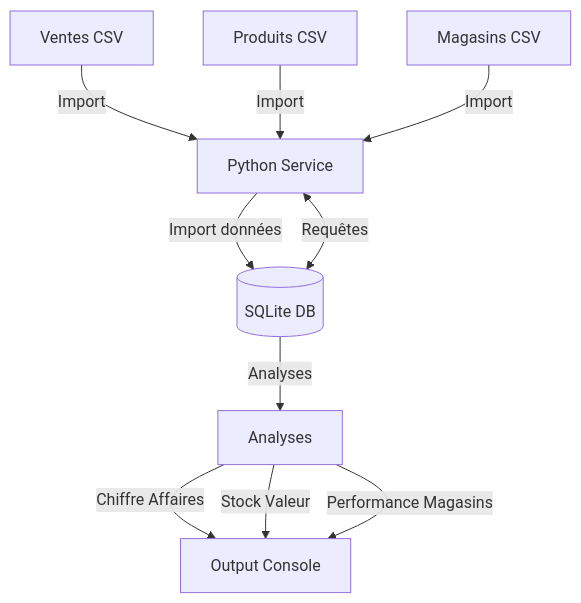
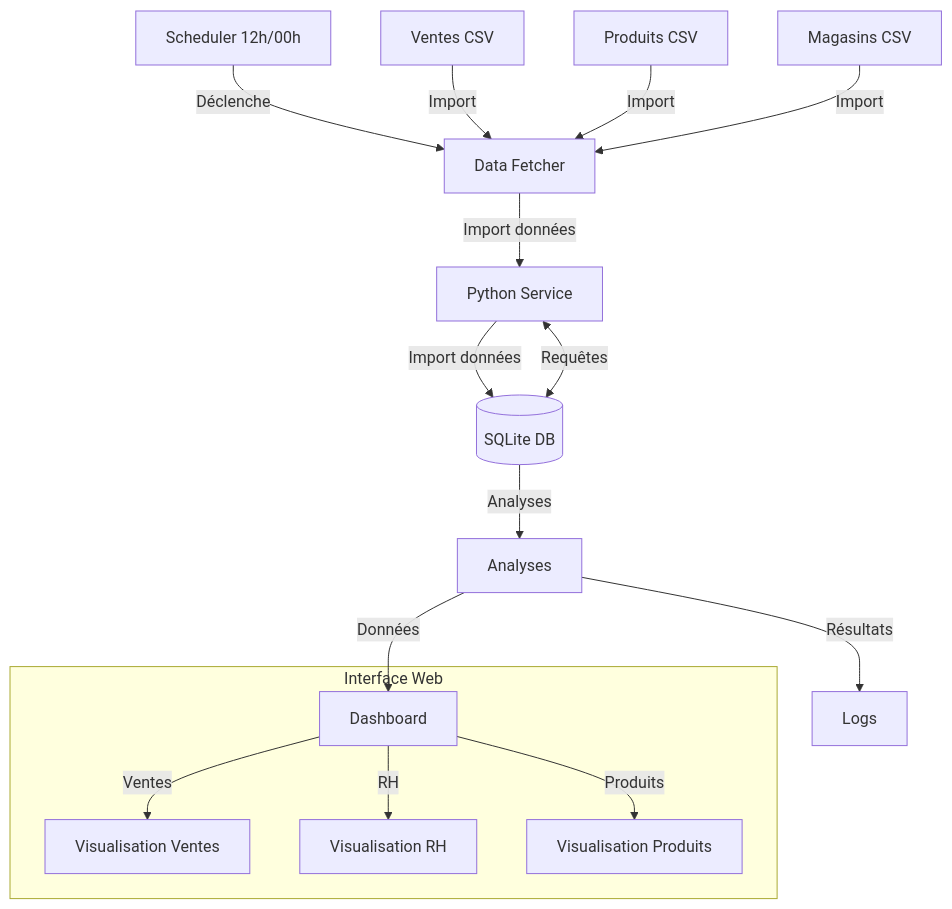
The first of 2 diagrams in README.md (Arctusol/test_simplon), drawn with Mermaid before and after one commit. The commit also changed other lines of this file and 1 other file, not shown here.

Commit message:
Mise à jour du README.md : ajout de la configuration des services, amélioration du flux de données et détails sur le dashboard web. Modifications dans main.py pour afficher les résultats d'analyse de manière plus détaillée.

````diff
--- a/README.md
+++ b/README.md
@@ -9,14 +24,21 @@
 ```mermaid
 flowchart TD
-    CSV1[Ventes CSV] -->|Import| PS[Python Service]
-    CSV2[Produits CSV] -->|Import| PS
-    CSV3[Magasins CSV] -->|Import| PS
+    SCHED[Scheduler 12h/00h] -->|Déclenche| FETCH[Data Fetcher]
+    CSV1[Ventes CSV] -->|Import| FETCH
+    CSV2[Produits CSV] -->|Import| FETCH
+    CSV3[Magasins CSV] -->|Import| FETCH
     
+    FETCH -->|Import données| PS[Python Service]
     PS -->|Import données| DB[(SQLite DB)]
     PS <-->|Requêtes| DB
     
     DB -->|Analyses| AN[Analyses]
-    AN -->|Chiffre Affaires| OUT[Output Console]
-    AN -->|Stock Valeur| OUT
-    AN -->|Performance Magasins| OUT
+    AN -->|Résultats| LOG[Logs]
+    AN -->|Données| DASH[Dashboard]
+    
+    subgraph Interface Web
+        DASH -->|Ventes| VIZ1[Visualisation Ventes]
+        DASH -->|RH| VIZ2[Visualisation RH]
+        DASH -->|Produits| VIZ3[Visualisation Produits]
+    end
 ```
````
